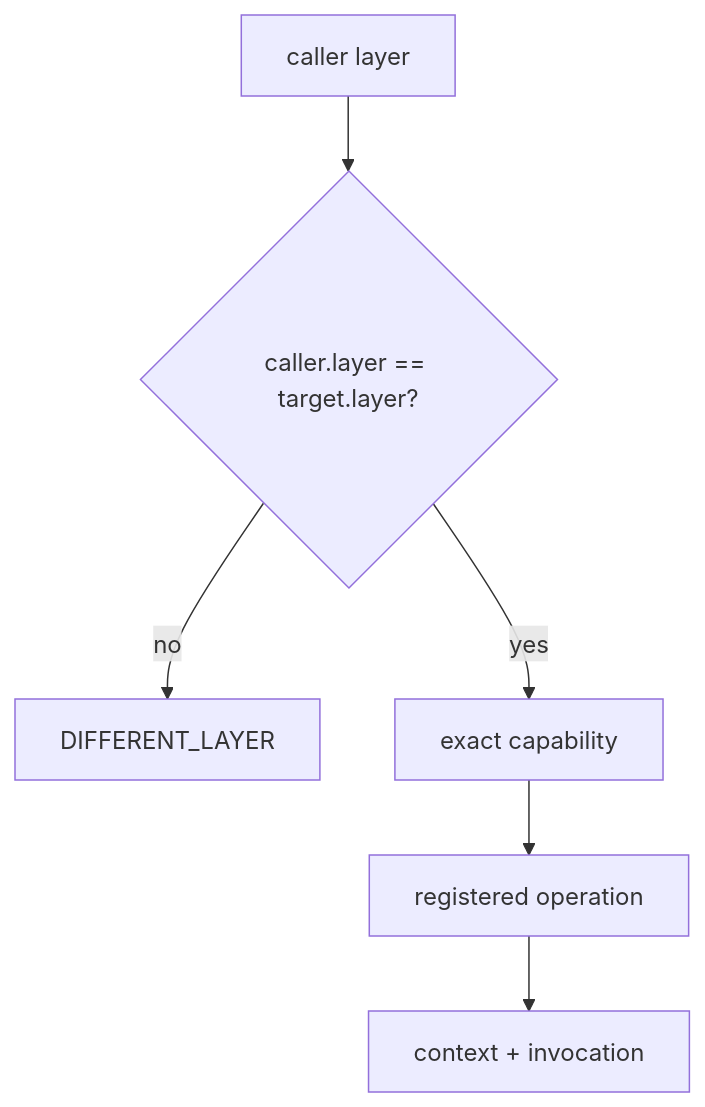
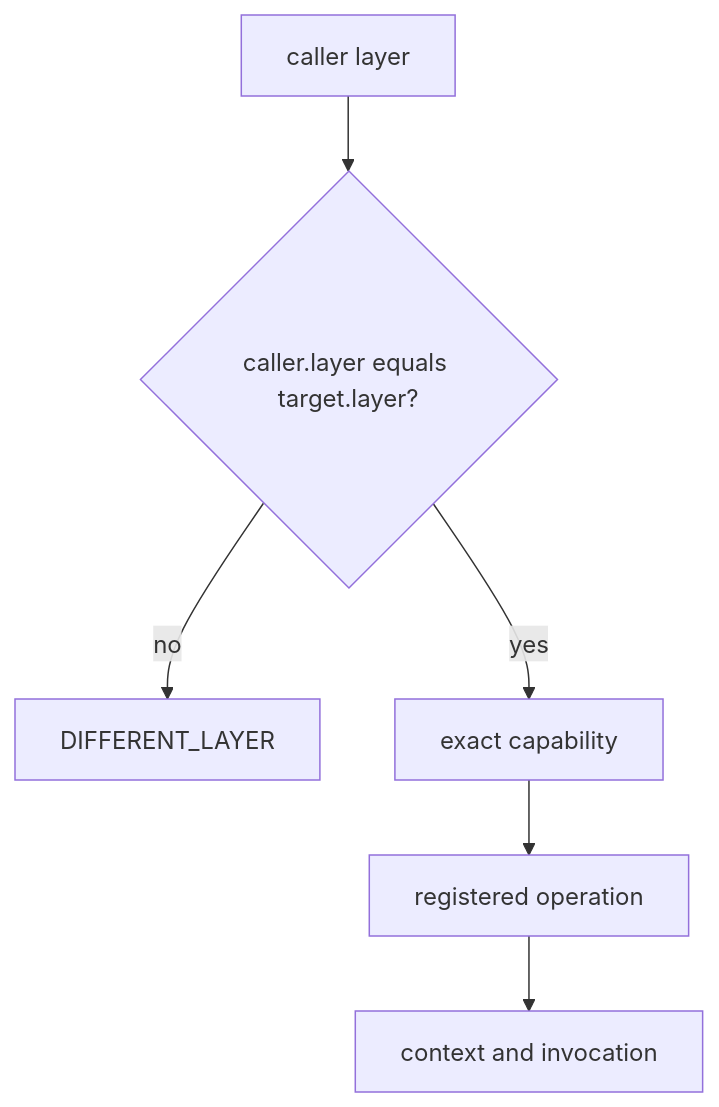
One commit to abdelhalimyasser/LettuceOs changed the third of 3 diagrams in docs/07-same-layer-call.md. Above: the diagram before and after it, drawn with Mermaid. The commit also changed 89 other files, not shown here.

````diff
--- a/docs/07-same-layer-call.md
+++ b/docs/07-same-layer-call.md
@@ -48,8 +48,8 @@
 ```mermaid
 flowchart TD
-    Caller[caller layer] --> Check{caller.layer == target.layer?}
-    Check -- no --> Deny[DIFFERENT_LAYER]
-    Check -- yes --> Auth[exact capability]
-    Auth --> Entry[registered operation]
-    Entry --> Run[context + invocation]
+    Caller["caller layer"] --> Check{"caller.layer equals target.layer?"}
+    Check -- "no" --> Deny["DIFFERENT_LAYER"]
+    Check -- "yes" --> Auth["exact capability"]
+    Auth --> Entry["registered operation"]
+    Entry --> Run["context and invocation"]
 ```
````
